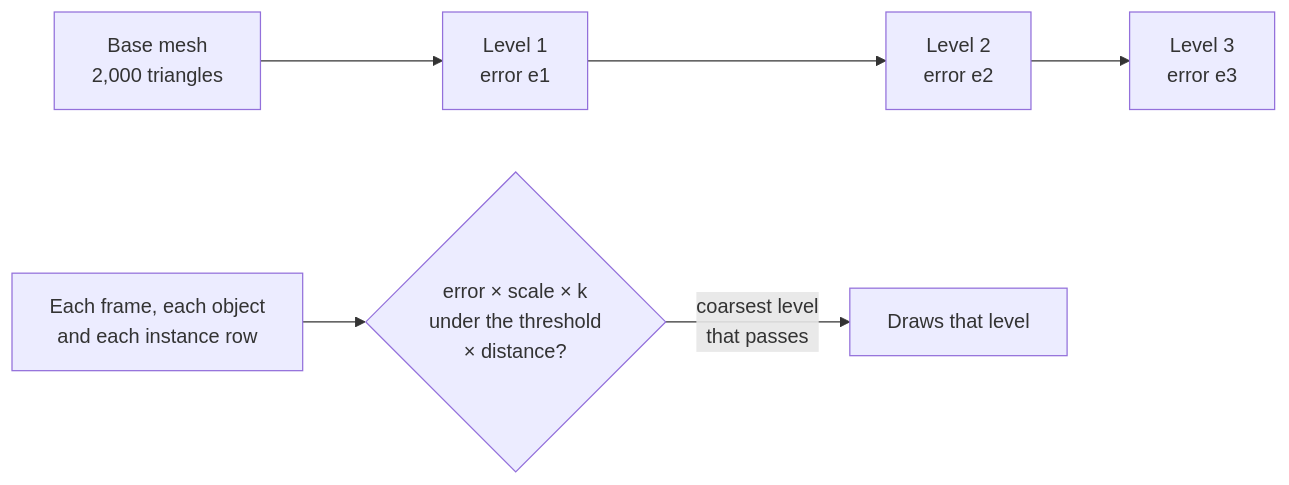
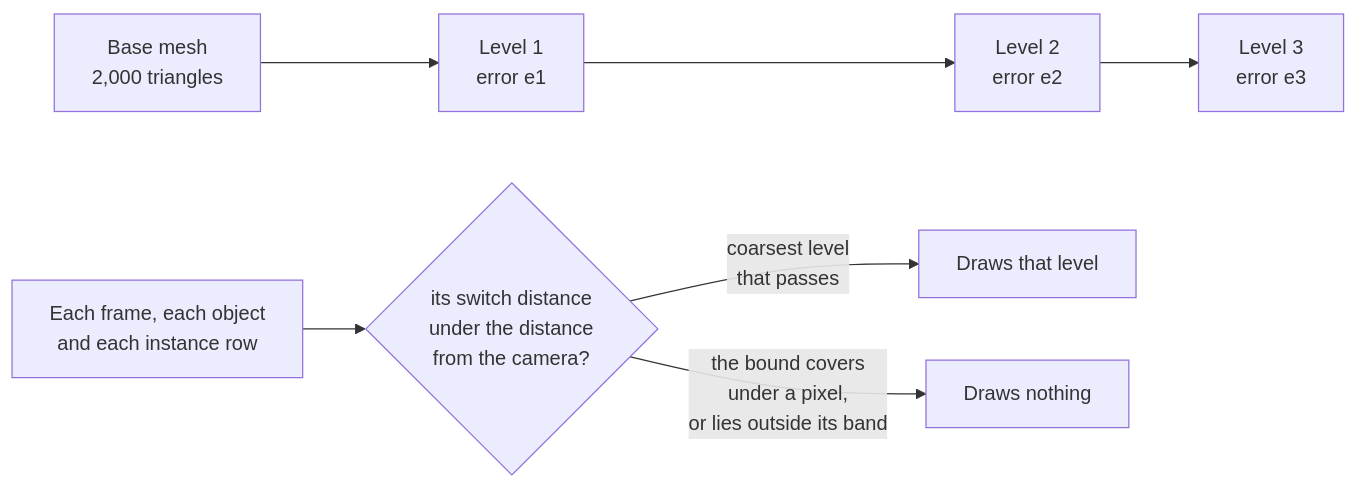
The diagram in docs/concepts/lod.md (null3d-engine/null3d), drawn with Mermaid before and after one commit. The commit also changed other lines of this file and 5260 other files, not shown here.

````diff
--- a/docs/concepts/lod.md
+++ b/docs/concepts/lod.md
@@ -13,8 +13,9 @@
 ```mermaid
 flowchart LR
     base["Base mesh<br/>2,000 triangles"] --> l1["Level 1<br/>error e1"]
     l1 --> l2["Level 2<br/>error e2"]
     l2 --> l3["Level 3<br/>error e3"]
-    pick["Each frame, each object<br/>and each instance row"] --> rule{"error × scale × k<br/>under the threshold<br/>× distance?"}
+    pick["Each frame, each object<br/>and each instance row"] --> rule{"its switch distance<br/>under the distance<br/>from the camera?"}
     rule -->|"coarsest level<br/>that passes"| draw["Draws that level"]
+    rule -->|"the bound covers<br/>under a pixel,<br/>or lies outside its band"| hide["Draws nothing"]
 ```
````
